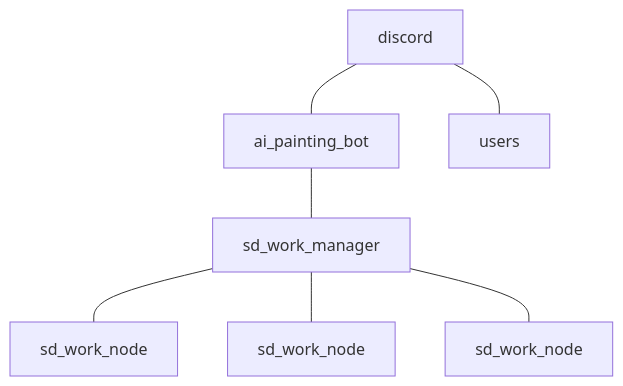
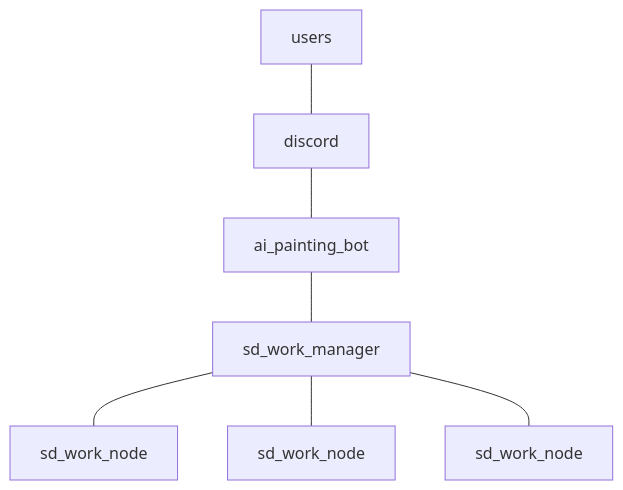
Before and after one commit to 9chu/ai_painting_bot: the diagram in README.md, drawn with Mermaid. The commit also changed other lines of this file, not shown here.

````diff
--- a/README.md
+++ b/README.md
@@ -51,9 +51,9 @@
 ```mermaid
 graph
     A[sd_work_manager] --- B[sd_work_node]
     A[sd_work_manager] --- C[sd_work_node]
     A[sd_work_manager] --- D[sd_work_node]
     E[ai_painting_bot] --- A[sd_work_manager]
     F[discord] --- E[ai_painting_bot]
-    F[discord] --- G[users]
+    G[users] --- F[discord]
 ```
````
